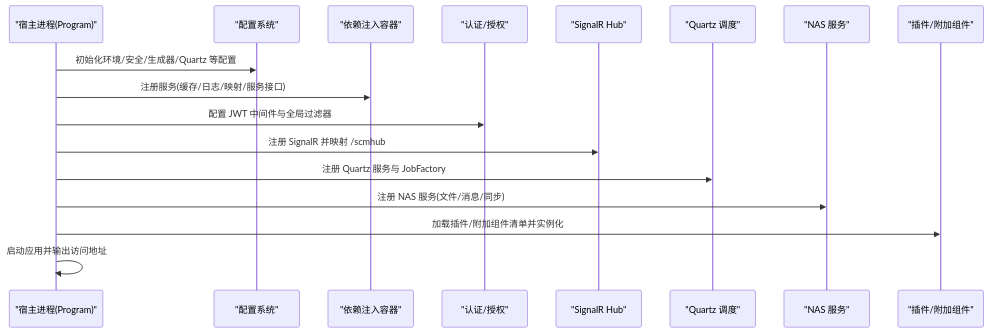
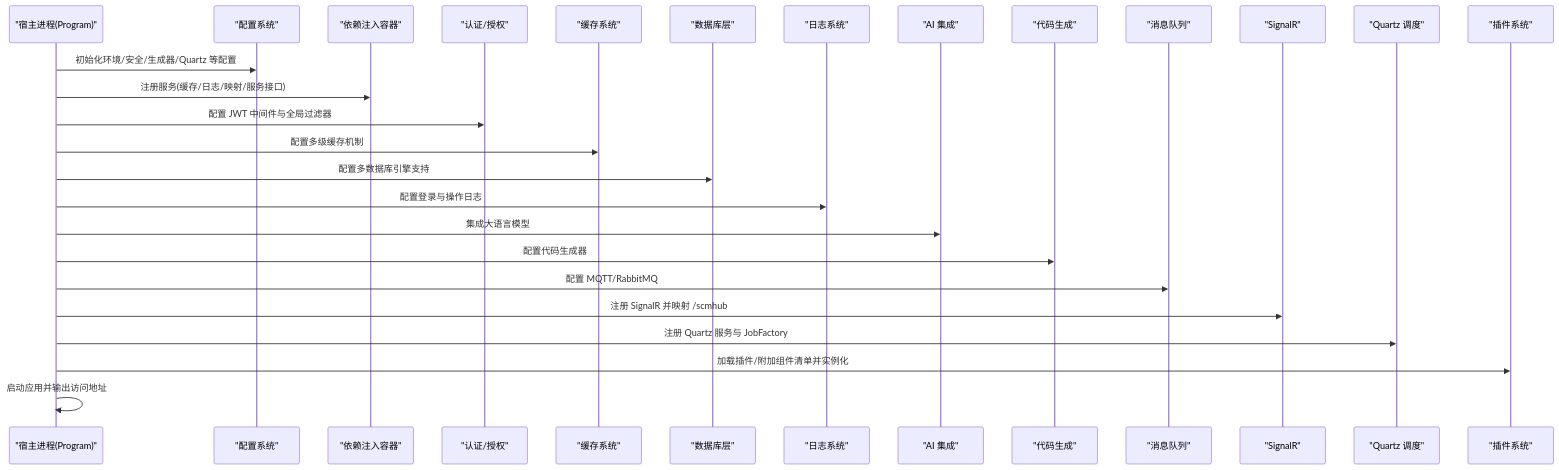
Before and after one commit to leadiot/Scm.Net: the second of 3 diagrams in .qoder/repowiki/zh/content/项目概述/核心特性.md, drawn with Mermaid. The commit also changed other lines of this file and 19 other files, not shown here.

````diff
--- a/.qoder/repowiki/zh/content/项目概述/核心特性.md
+++ b/.qoder/repowiki/zh/content/项目概述/核心特性.md
@@ -142,19 +259,29 @@
 ```mermaid
 sequenceDiagram
 participant Host as "宿主进程(Program)"
 participant Cfg as "配置系统"
 participant DI as "依赖注入容器"
 participant Auth as "认证/授权"
-participant Hub as "SignalR Hub"
+participant Cache as "缓存系统"
+participant DB as "数据库层"
+participant Log as "日志系统"
+participant AI as "AI 集成"
+participant Gen as "代码生成"
+participant MQ as "消息队列"
+participant Sig as "SignalR"
 participant Qrt as "Quartz 调度"
-participant Nas as "NAS 服务"
-participant Plg as "插件/附加组件"
+participant Plg as "插件系统"
 Host->>Cfg : 初始化环境/安全/生成器/Quartz 等配置
 Host->>DI : 注册服务(缓存/日志/映射/服务接口)
 Host->>Auth : 配置 JWT 中间件与全局过滤器
-Host->>Hub : 注册 SignalR 并映射 /scmhub
+Host->>Cache : 配置多级缓存机制
+Host->>DB : 配置多数据库引擎支持
+Host->>Log : 配置登录与操作日志
+Host->>AI : 集成大语言模型
+Host->>Gen : 配置代码生成器
+Host->>MQ : 配置 MQTT/RabbitMQ
+Host->>Sig : 注册 SignalR 并映射 /scmhub
 Host->>Qrt : 注册 Quartz 服务与 JobFactory
-Host->>Nas : 注册 NAS 服务(文件/消息/同步)
 Host->>Plg : 加载插件/附加组件清单并实例化
 Host->>Host : 启动应用并输出访问地址
 ```
````
